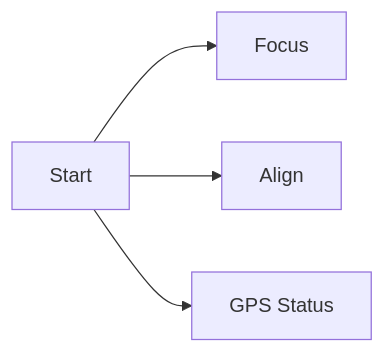
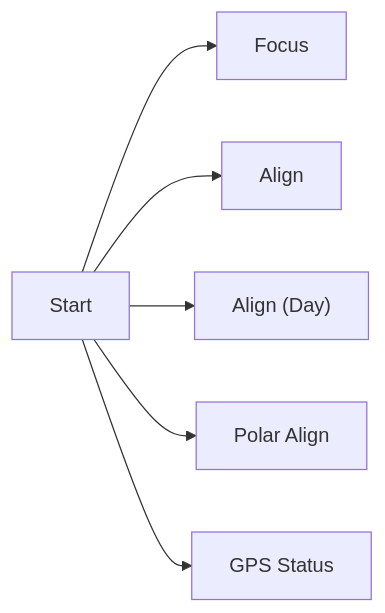
Before and after one commit to brickbots/PiFinder: the second of 6 diagrams in docs/source/menu_map.rst, drawn with Mermaid. The commit also changed other lines of this file and 3 other files, not shown here.

```diff
--- a/docs/source/menu_map.rst
+++ b/docs/source/menu_map.rst
@@ -39,6 +39,8 @@
 .. mermaid::
 
    flowchart LR
        Start --> Focus
        Start --> Align
+       Start --> AlignDay["Align (Day)"]
+       Start --> Polar["Polar Align"]
        Start --> GPS["GPS Status"]
```
